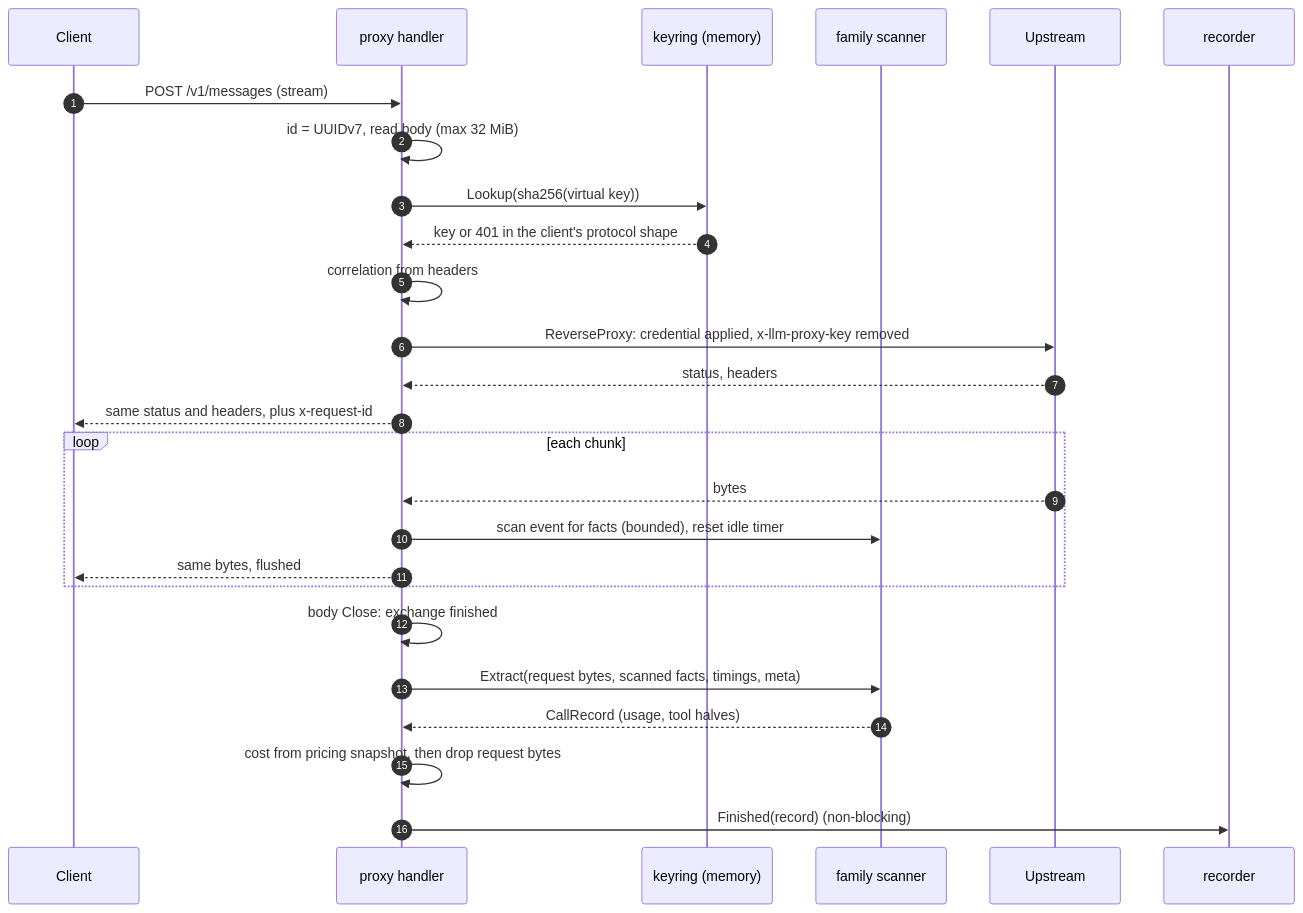
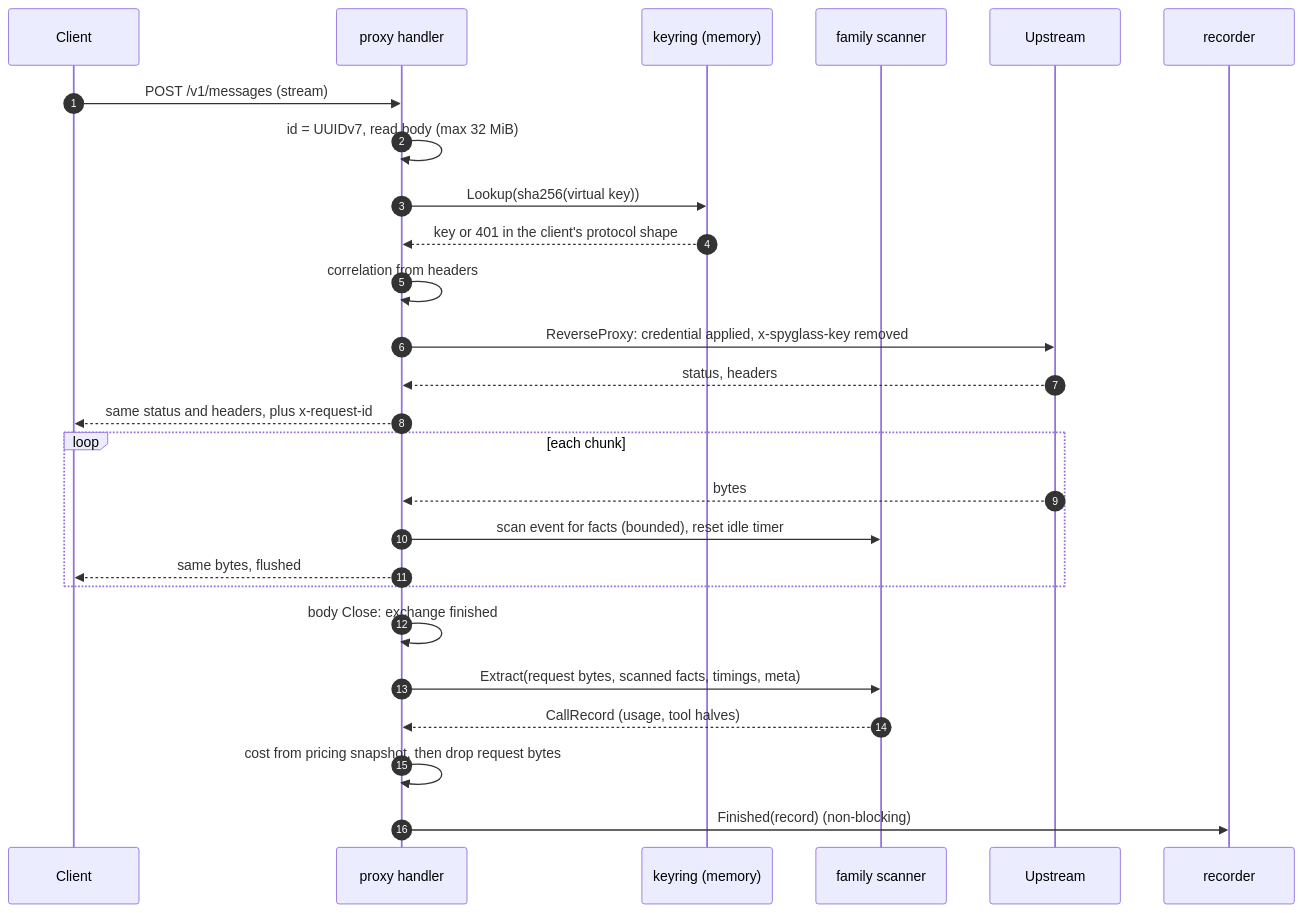
One commit to mtanzi/llm-proxy changed the second of 3 diagrams in docs/architecture/backend.md. Above: the diagram before and after it, drawn with Mermaid. The commit also changed other lines of this file and 147 other files, not shown here.

First line of the commit message:
feat: rename llm-proxy to spyglass (#105)

````diff
--- a/docs/architecture/backend.md
+++ b/docs/architecture/backend.md
@@ -429,29 +429,29 @@
 ```mermaid
 sequenceDiagram
     autonumber
     participant C as Client
     participant P as proxy handler
     participant K as keyring (memory)
     participant F as family scanner
     participant U as Upstream
     participant R as recorder
 
     C->>P: POST /v1/messages (stream)
     P->>P: id = UUIDv7, read body (max 32 MiB)
     P->>K: Lookup(sha256(virtual key))
     K-->>P: key or 401 in the client's protocol shape
     P->>P: correlation from headers
-    P->>U: ReverseProxy: credential applied, x-llm-proxy-key removed
+    P->>U: ReverseProxy: credential applied, x-spyglass-key removed
     U-->>P: status, headers
     P-->>C: same status and headers, plus x-request-id
     loop each chunk
         U-->>P: bytes
         P->>F: scan event for facts (bounded), reset idle timer
         P-->>C: same bytes, flushed
     end
     P->>P: body Close: exchange finished
     P->>F: Extract(request bytes, scanned facts, timings, meta)
     F-->>P: CallRecord (usage, tool halves)
     P->>P: cost from pricing snapshot, then drop request bytes
     P->>R: Finished(record) (non-blocking)
 ```
````
